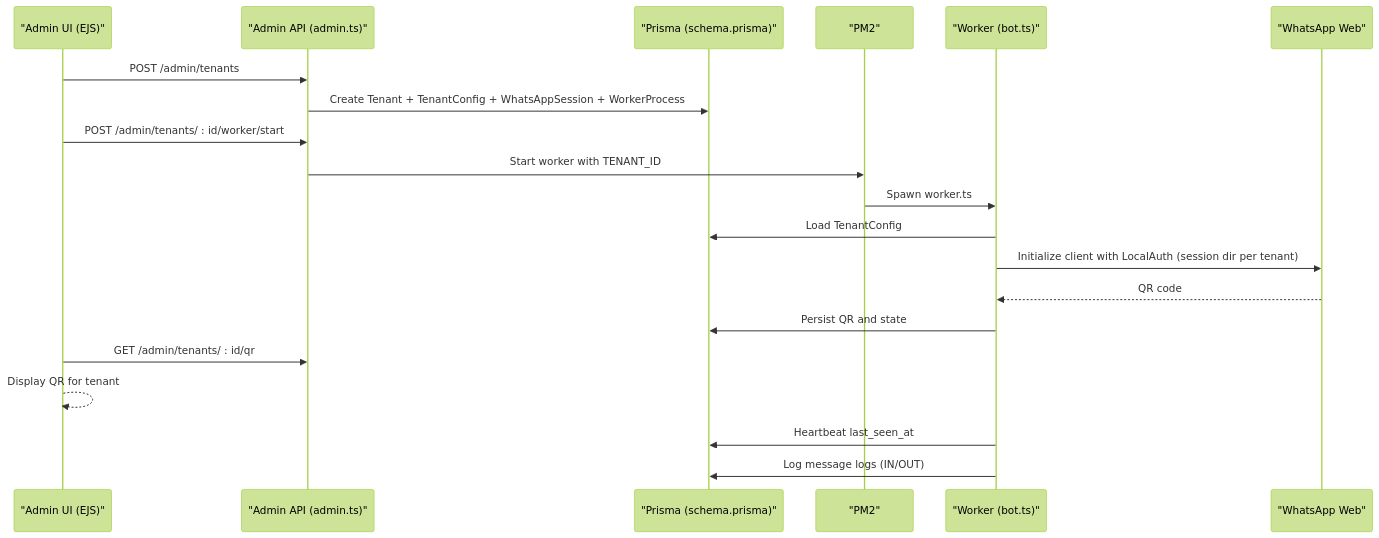
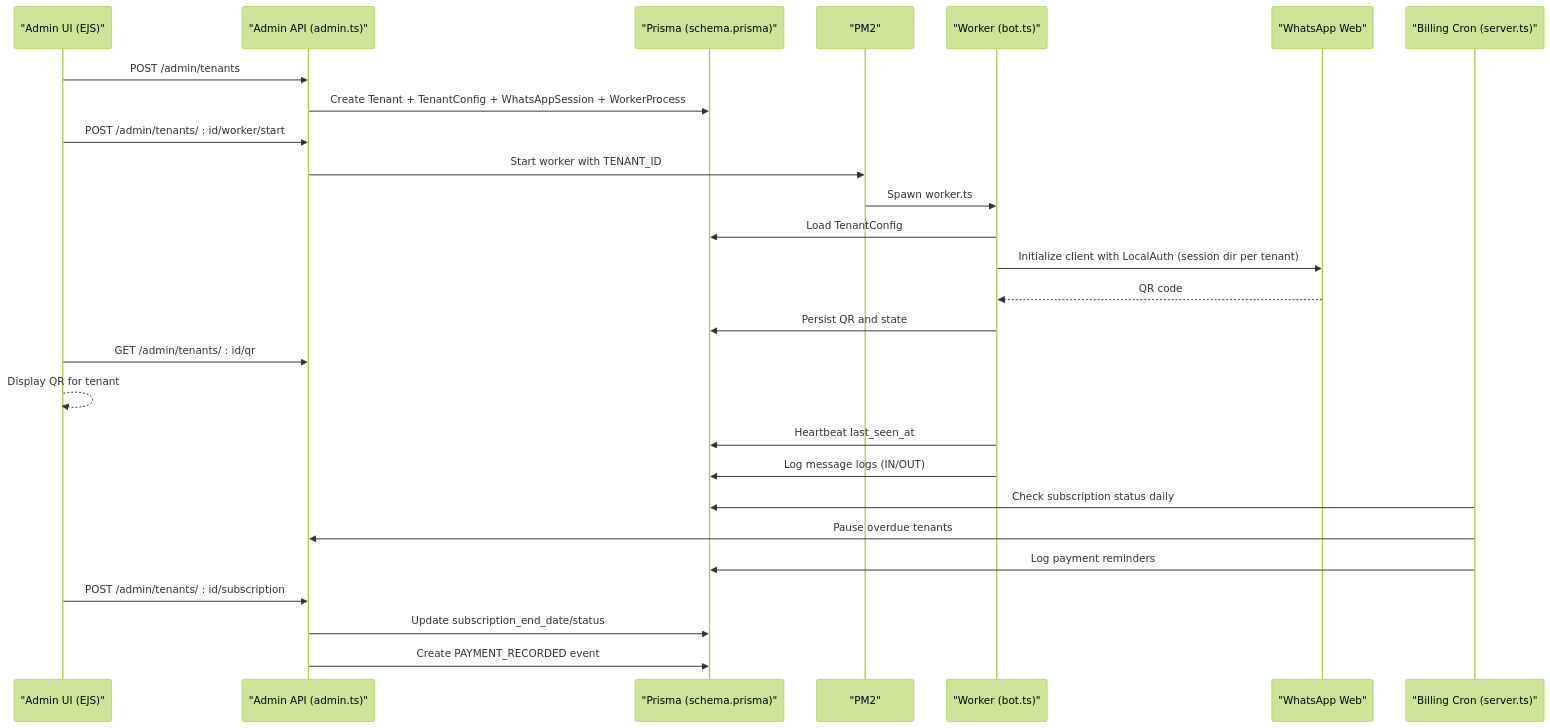
Before and after one commit to askchiwa-spec/FLOW-HQ-BOT: the second of 10 diagrams in .qoder/repowiki/en/content/Multi-Tenant Management/Multi-Tenant Management.md, drawn with Mermaid (forest theme). The commit also changed other lines of this file and 27 other files, not shown here.

````diff
--- a/.qoder/repowiki/en/content/Multi-Tenant Management/Multi-Tenant Management.md
+++ b/.qoder/repowiki/en/content/Multi-Tenant Management/Multi-Tenant Management.md
@@ -155,22 +181,29 @@
 ```mermaid
 sequenceDiagram
 participant AdminUI as "Admin UI (EJS)"
 participant AdminAPI as "Admin API (admin.ts)"
 participant DB as "Prisma (schema.prisma)"
 participant PM2 as "PM2"
 participant Worker as "Worker (bot.ts)"
 participant WA as "WhatsApp Web"
+participant BillingCron as "Billing Cron (server.ts)"
 AdminUI->>AdminAPI : POST /admin/tenants
 AdminAPI->>DB : Create Tenant + TenantConfig + WhatsAppSession + WorkerProcess
 AdminUI->>AdminAPI : POST /admin/tenants/ : id/worker/start
 AdminAPI->>PM2 : Start worker with TENANT_ID
 PM2->>Worker : Spawn worker.ts
 Worker->>DB : Load TenantConfig
 Worker->>WA : Initialize client with LocalAuth (session dir per tenant)
 WA-->>Worker : QR code
 Worker->>DB : Persist QR and state
 AdminUI->>AdminAPI : GET /admin/tenants/ : id/qr
 AdminUI-->>AdminUI : Display QR for tenant
 Worker->>DB : Heartbeat last_seen_at
 Worker->>DB : Log message logs (IN/OUT)
+BillingCron->>DB : Check subscription status daily
+BillingCron->>AdminAPI : Pause overdue tenants
+BillingCron->>DB : Log payment reminders
+AdminUI->>AdminAPI : POST /admin/tenants/ : id/subscription
+AdminAPI->>DB : Update subscription_end_date/status
+AdminAPI->>DB : Create PAYMENT_RECORDED event
 ```
````
